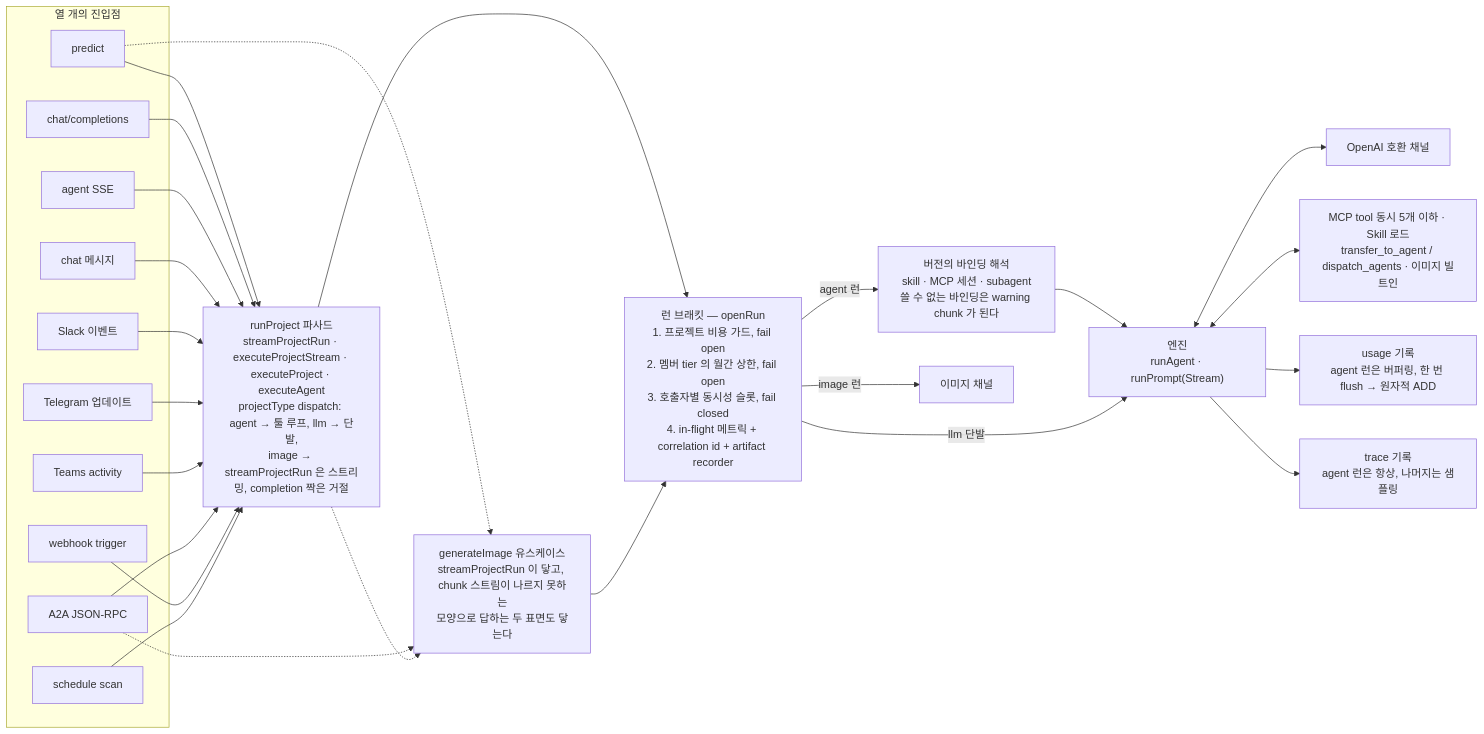
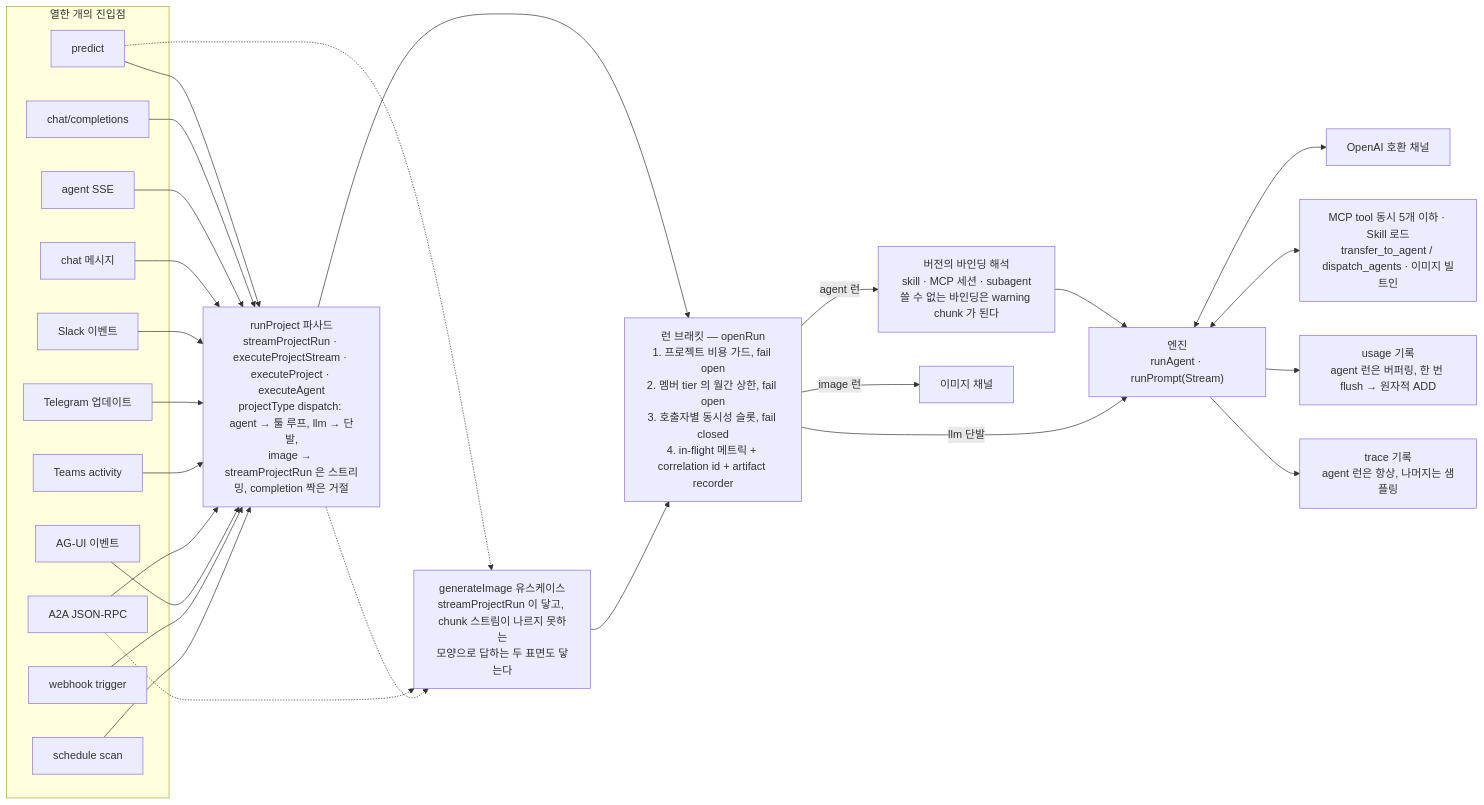
The second of 4 diagrams in docs/ARCHITECTURE.md (opspresso/agent-studio), drawn with Mermaid before and after one commit. The commit also changed other lines of this file and 90 other files, not shown here.

````diff
--- a/docs/ARCHITECTURE.md
+++ b/docs/ARCHITECTURE.md
@@ -315,49 +316,51 @@
 ```mermaid
 flowchart LR
-  subgraph surfaces["열 개의 진입점"]
+  subgraph surfaces["열한 개의 진입점"]
     predict["predict"]
     cc["chat/completions"]
     agentsse["agent SSE"]
     chat["chat 메시지"]
     slack["Slack 이벤트"]
     telegram["Telegram 업데이트"]
     teams["Teams activity"]
     a2a["A2A JSON-RPC"]
+    agui["AG-UI 이벤트"]
     webhook["webhook trigger"]
     schedule["schedule scan"]
   end
 
   facade["runProject 파사드<br/>streamProjectRun · executeProjectStream · executeProject · executeAgent<br/>projectType dispatch: agent → 툴 루프, llm → 단발,<br/>image → streamProjectRun 은 스트리밍, completion 짝은 거절"]
   imageuc["generateImage 유스케이스<br/>streamProjectRun 이 닿고, chunk 스트림이 나르지 못하는<br/>모양으로 답하는 두 표면도 닿는다"]
   bracket["런 브래킷 — openRun<br/>1. 프로젝트 비용 가드, fail open<br/>2. 멤버 tier 의 월간 상한, fail open<br/>3. 호출자별 동시성 슬롯, fail closed<br/>4. in-flight 메트릭 + correlation id + artifact recorder"]
   resolve["버전의 바인딩 해석<br/>skill · MCP 세션 · subagent<br/>쓸 수 없는 바인딩은 warning chunk 가 된다"]
   engine["엔진<br/>runAgent · runPrompt(Stream)"]
   channel["OpenAI 호환 채널"]
   imagechannel["이미지 채널"]
   tools["MCP tool 동시 5개 이하 · Skill 로드<br/>transfer_to_agent / dispatch_agents · 이미지 빌트인"]
   usage["usage 기록<br/>agent 런은 버퍼링, 한 번 flush → 원자적 ADD"]
   trace["trace 기록<br/>agent 런은 항상, 나머지는 샘플링"]
 
   predict --> facade
   cc --> facade
   agentsse --> facade
   chat --> facade
   slack --> facade
   telegram --> facade
   teams --> facade
   a2a --> facade
+  agui --> facade
   webhook --> facade
   schedule --> facade
   predict -.-> imageuc
   a2a -.-> imageuc
   facade -.-> imageuc
   facade --> bracket
   imageuc --> bracket
   bracket -->|"agent 런"| resolve --> engine
   bracket -->|"llm 단발"| engine
   bracket -->|"image 런"| imagechannel
   engine <--> channel
   engine <--> tools
   engine --> usage
   engine --> trace
 ```
````
